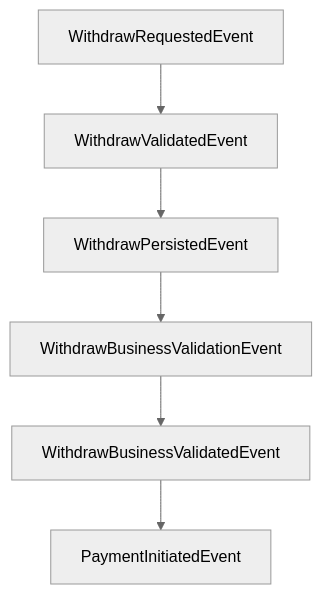
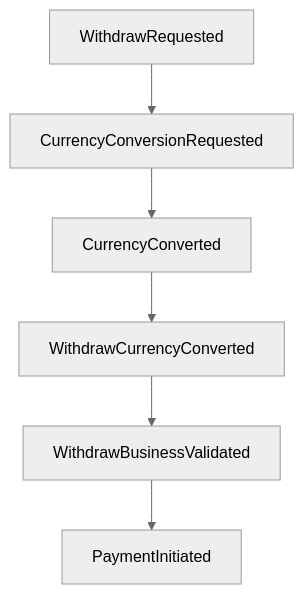
One commit to amirasaad/fintech changed the second of 3 diagrams in docs/architecture.md. Above: the diagram before and after it, drawn with Mermaid (neutral theme). The commit also changed other lines of this file and 161 other files, not shown here.

````diff
--- a/docs/architecture.md
+++ b/docs/architecture.md
@@ -43,8 +45,8 @@
 ```mermaid
 graph TD
-    A[WithdrawRequestedEvent] --> B[WithdrawValidatedEvent]
-    B --> C[WithdrawPersistedEvent]
-    C --> D[WithdrawBusinessValidationEvent]
-    D --> E[WithdrawBusinessValidatedEvent]
-    E --> F[PaymentInitiatedEvent]
+    A[WithdrawRequested] --> B[CurrencyConversionRequested]
+    B --> C[CurrencyConverted]
+    C --> D[WithdrawCurrencyConverted]
+    D --> E[WithdrawBusinessValidated]
+    E --> F[PaymentInitiated]
 ```
````
